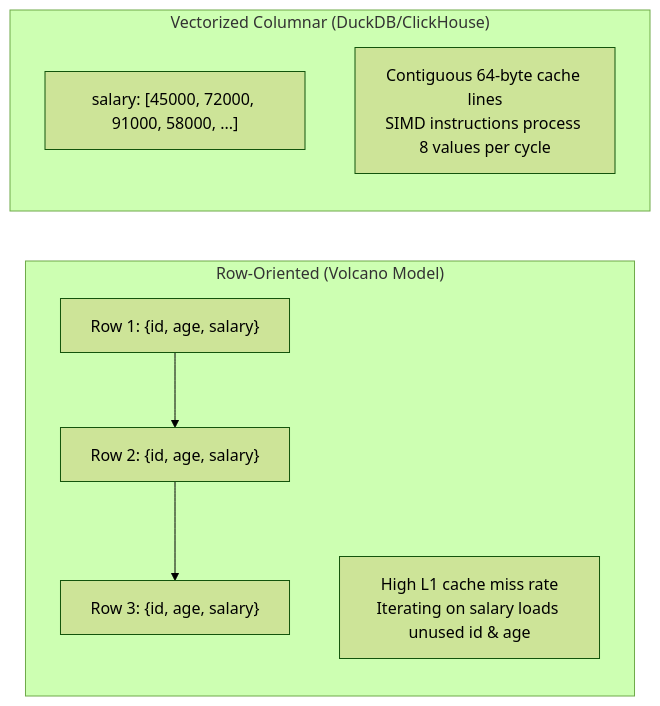
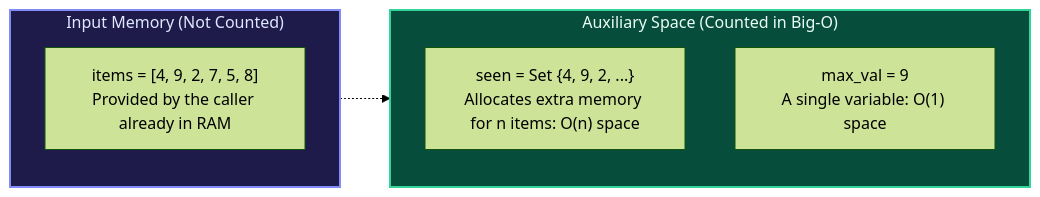
The ninth of 12 diagrams in content/docs/dsa/01-foundations-and-linear-structures/01-complexity-and-big-o-notation.mdx (1345AbhishekKumar/cs-cookbook), drawn with Mermaid (forest theme) before and after one commit. The commit also changed other lines of this file and 211 other files, not shown here.

`````diff
--- a/content/docs/dsa/01-foundations-and-linear-structures/01-complexity-and-big-o-notation.mdx
+++ b/content/docs/dsa/01-foundations-and-linear-structures/01-complexity-and-big-o-notation.mdx
@@ -387,13 +592,17 @@
 ```mermaid
 flowchart LR
-    subgraph Volcano["Row-Oriented (Volcano Model)"]
-        Row1["Row 1: {id, age, salary}"] --> Row2["Row 2: {id, age, salary}"]
-        Row2 --> Row3["Row 3: {id, age, salary}"]
-        Note1["High L1 cache miss rate<br/>Iterating on salary loads unused id & age"]
+    subgraph InputSpace["Input Memory (Not Counted)"]
+        direction TB
+        IN["items = [4, 9, 2, 7, 5, 8]<br/>Provided by the caller already in RAM"]
     end
 
-    subgraph Columnar["Vectorized Columnar (DuckDB/ClickHouse)"]
-        Col["salary: [45000, 72000, 91000, 58000, ...]"]
-        Note2["Contiguous 64-byte cache lines<br/>SIMD instructions process 8 values per cycle"]
+    subgraph AuxSpace["Auxiliary Space (Counted in Big-O)"]
+        direction TB
+        A1["seen = Set {4, 9, 2, ...}<br/>Allocates extra memory for n items: O(n) space"]
+        A2["max_val = 9<br/>A single variable: O(1) space"]
     end
-````
+
+    InputSpace -.-> AuxSpace
+    style InputSpace fill:#1e1b4b,stroke:#818cf8,stroke-width:2px,color:#e0e7ff
+    style AuxSpace fill:#064e3b,stroke:#34d399,stroke-width:2px,color:#ecfdf5
+```
`````
